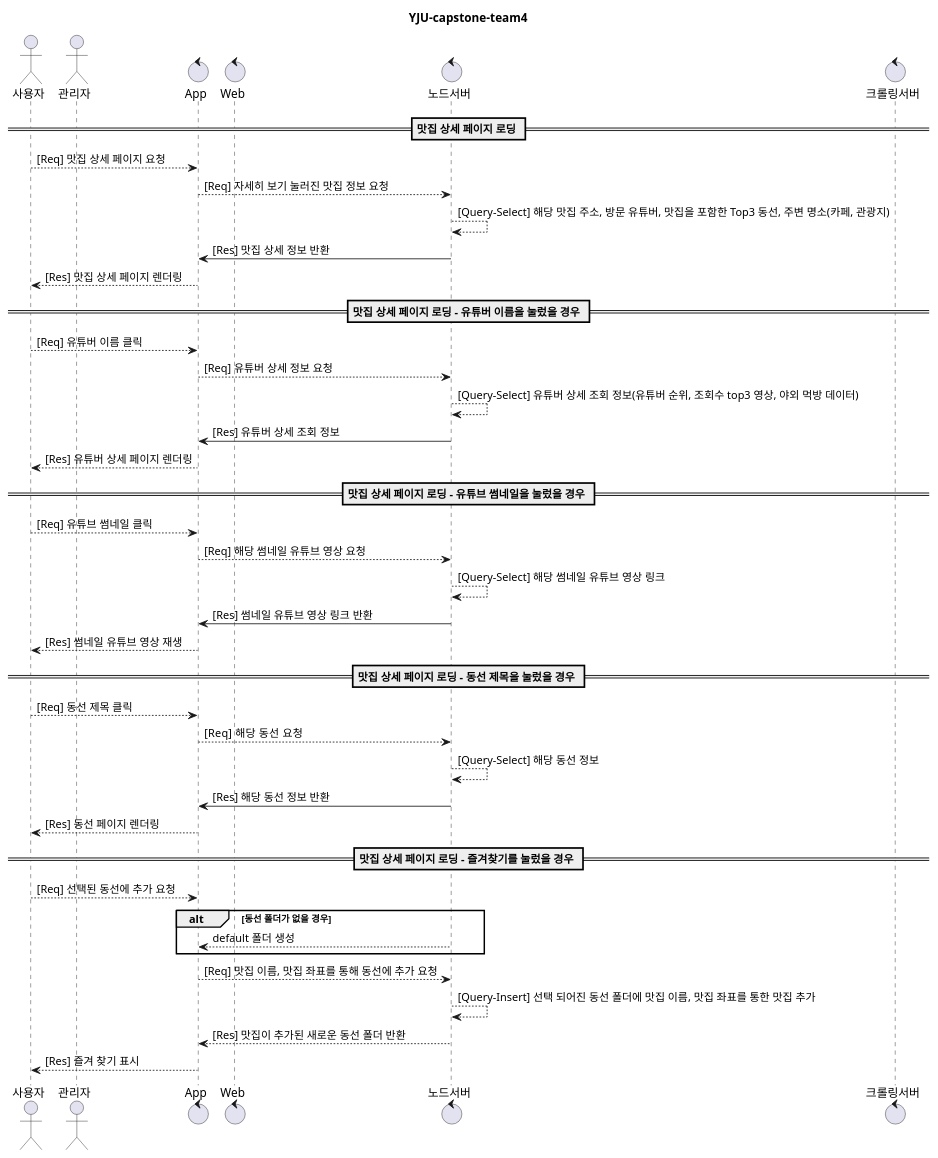
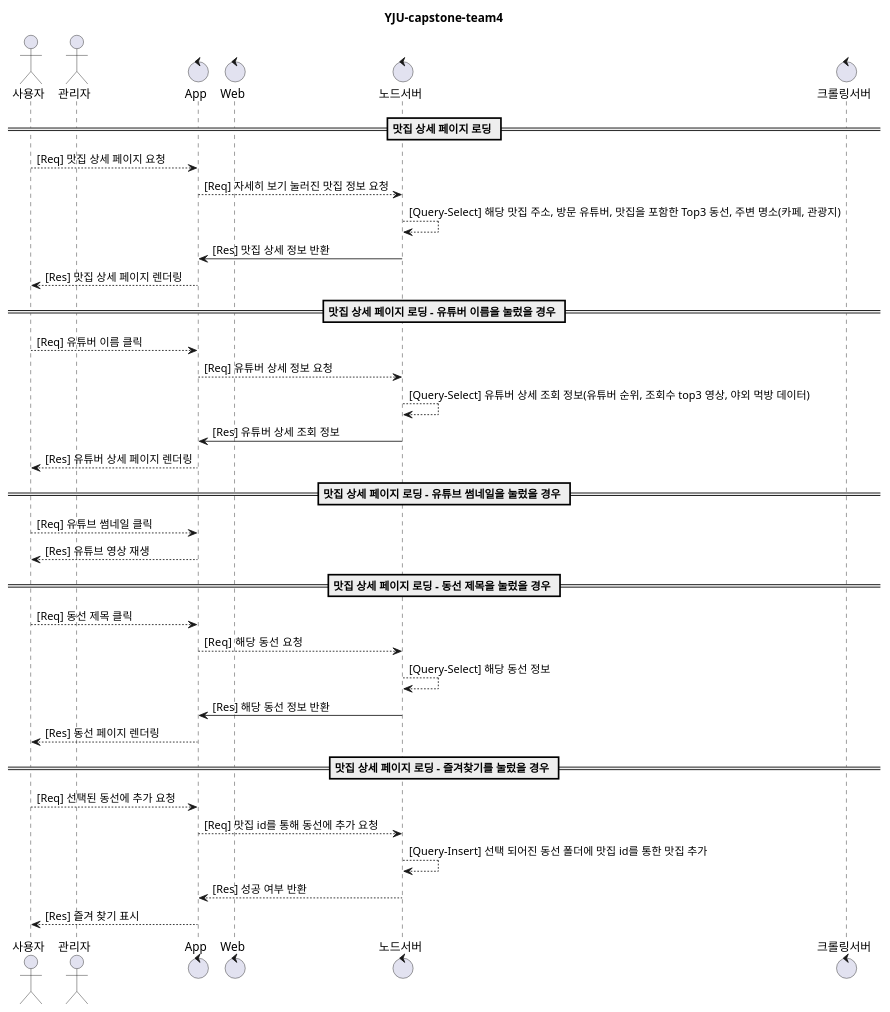
Before and after one commit to YJU-capstone-team4/Node.js-project-Server: the diagram in seven.wsd, drawn with PlantUML. The commit also changed 2 other files, not shown here.

Commit message:
Feature :: 시퀀스다이어그램 수정

```diff
--- a/seven.wsd
+++ b/seven.wsd
@@ -2,50 +2,44 @@
 @startuml
 
 title YJU-capstone-team4
 
 actor 사용자 as User
 actor 관리자 as Admin
 
 control App
 control Web
 control 노드서버 as Node
 control 크롤링서버 as Lamda
 
 == 맛집 상세 페이지 로딩 ==
 User --> App : [Req] 맛집 상세 페이지 요청
 App --> Node : [Req] 자세히 보기 눌러진 맛집 정보 요청
     Node --> Node : [Query-Select] 해당 맛집 주소, 방문 유튜버, 맛집을 포함한 Top3 동선, 주변 명소(카페, 관광지)
 Node -> App : [Res] 맛집 상세 정보 반환
 App --> User : [Res] 맛집 상세 페이지 렌더링
 
 == 맛집 상세 페이지 로딩 - 유튜버 이름을 눌렀을 경우 ==
 User --> App : [Req] 유튜버 이름 클릭
 App --> Node : [Req] 유튜버 상세 정보 요청
     Node --> Node : [Query-Select] 유튜버 상세 조회 정보(유튜버 순위, 조회수 top3 영상, 야외 먹방 데이터)
 Node -> App : [Res] 유튜버 상세 조회 정보
 App --> User : [Res] 유튜버 상세 페이지 렌더링
 
 == 맛집 상세 페이지 로딩 - 유튜브 썸네일을 눌렀을 경우 ==
 User --> App : [Req] 유튜브 썸네일 클릭
-App --> Node : [Req] 해당 썸네일 유튜브 영상 요청
-    Node --> Node : [Query-Select] 해당 썸네일 유튜브 영상 링크
-Node -> App : [Res] 썸네일 유튜브 영상 링크 반환
-App --> User : [Res] 썸네일 유튜브 영상 재생
+App --> User : [Res] 유튜브 영상 재생
 
 == 맛집 상세 페이지 로딩 - 동선 제목을 눌렀을 경우 ==
 User --> App : [Req] 동선 제목 클릭
 App --> Node : [Req] 해당 동선  요청
     Node --> Node : [Query-Select] 해당 동선 정보
 Node -> App : [Res] 해당 동선 정보 반환
 App --> User : [Res] 동선 페이지 렌더링
 
 == 맛집 상세 페이지 로딩 - 즐겨찾기를 눌렀을 경우 ==
 User --> App : [Req] 선택된 동선에 추가 요청
-    alt 동선 폴더가 없을 경우
-        Node --> App : default 폴더 생성
-    end
-App --> Node : [Req] 맛집 이름, 맛집 좌표를 통해 동선에 추가 요청
-    Node --> Node : [Query-Insert] 선택 되어진 동선 폴더에 맛집 이름, 맛집 좌표를 통한 맛집 추가
-Node --> App : [Res] 맛집이 추가된 새로운 동선 폴더 반환
+App --> Node : [Req] 맛집 id를 통해 동선에 추가 요청
+    Node --> Node : [Query-Insert] 선택 되어진 동선 폴더에 맛집 id를 통한 맛집 추가
+Node --> App : [Res] 성공 여부 반환
 App --> User : [Res] 즐겨 찾기 표시
 @enduml
```
